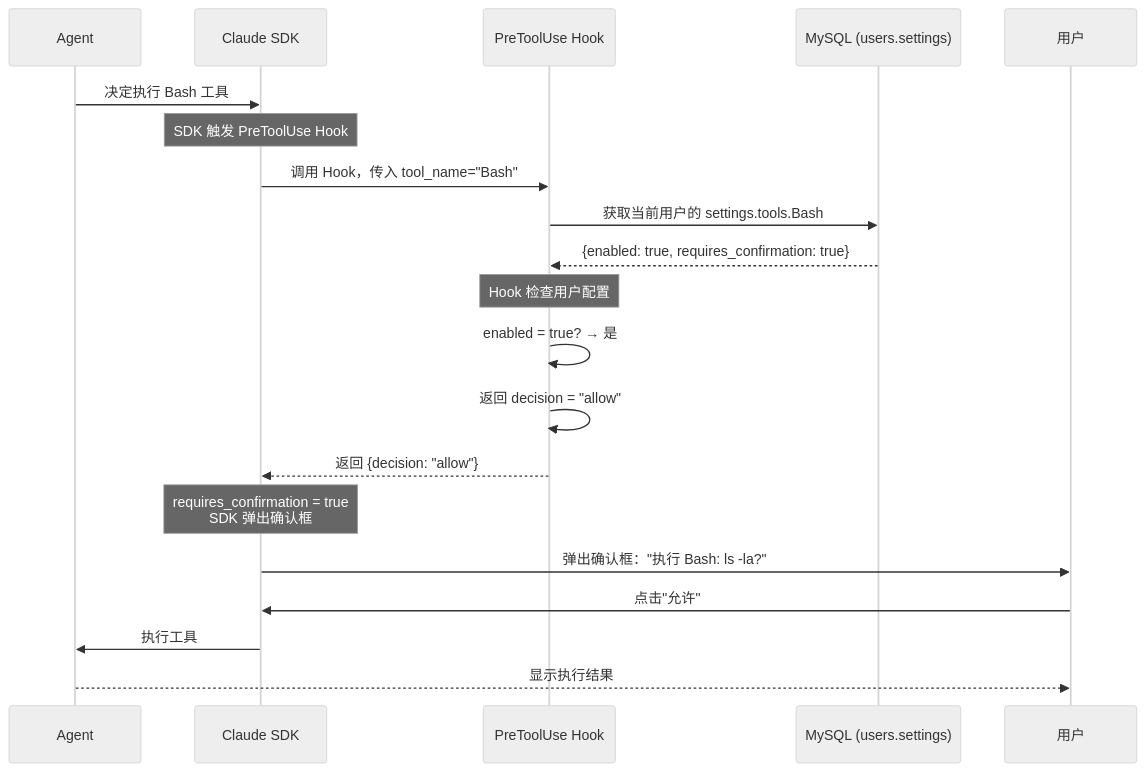
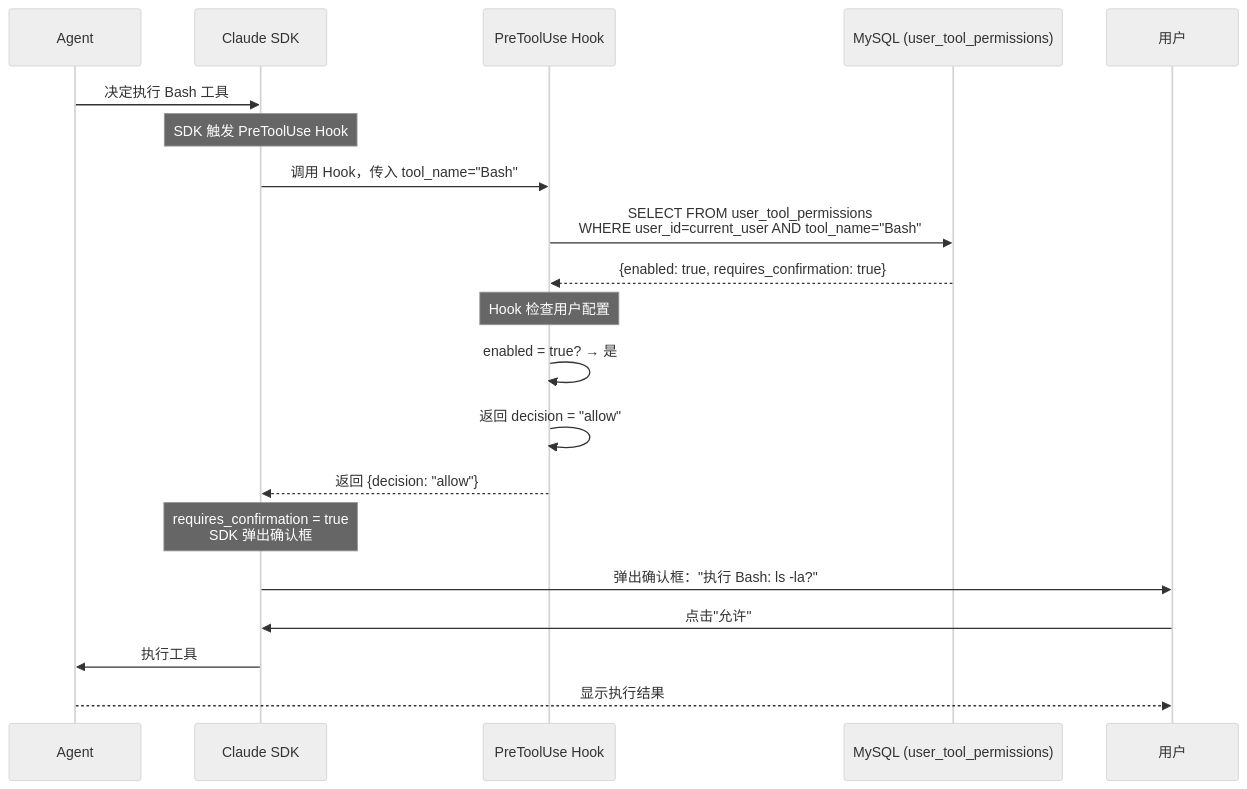
Before and after one commit to xiaocaipi/mm-doc: the eighth of 9 diagrams in agent/agent_project_design.md, drawn with Mermaid (neutral theme). The commit also changed other lines of this file, not shown here.

````diff
--- a/agent/agent_project_design.md
+++ b/agent/agent_project_design.md
@@ -866,33 +925,33 @@
 ```mermaid
 sequenceDiagram
     participant Agent as Agent
     participant SDK as Claude SDK
     participant Hook as PreToolUse Hook
-    participant DB as MySQL (users.settings)
+    participant DB as MySQL (user_tool_permissions)
     participant User as 用户
 
     Agent->>SDK: 决定执行 Bash 工具
     
     Note over SDK: SDK 触发 PreToolUse Hook
     
     SDK->>Hook: 调用 Hook，传入 tool_name="Bash"
     
-    Hook->>DB: 获取当前用户的 settings.tools.Bash
+    Hook->>DB: SELECT FROM user_tool_permissions<br/>WHERE user_id=current_user AND tool_name="Bash"
     DB-->>Hook: {enabled: true, requires_confirmation: true}
     
     Note over Hook: Hook 检查用户配置
     
     Hook->>Hook: enabled = true? → 是
     Hook->>Hook: 返回 decision = "allow"
     
     Hook-->>SDK: 返回 {decision: "allow"}
     
     Note over SDK: requires_confirmation = true<br/>SDK 弹出确认框
     
     SDK->>User: 弹出确认框："执行 Bash: ls -la?"
     User->>SDK: 点击"允许"
     
     SDK->>Agent: 执行工具
     
     Agent-->>User: 显示执行结果
 ```
````
